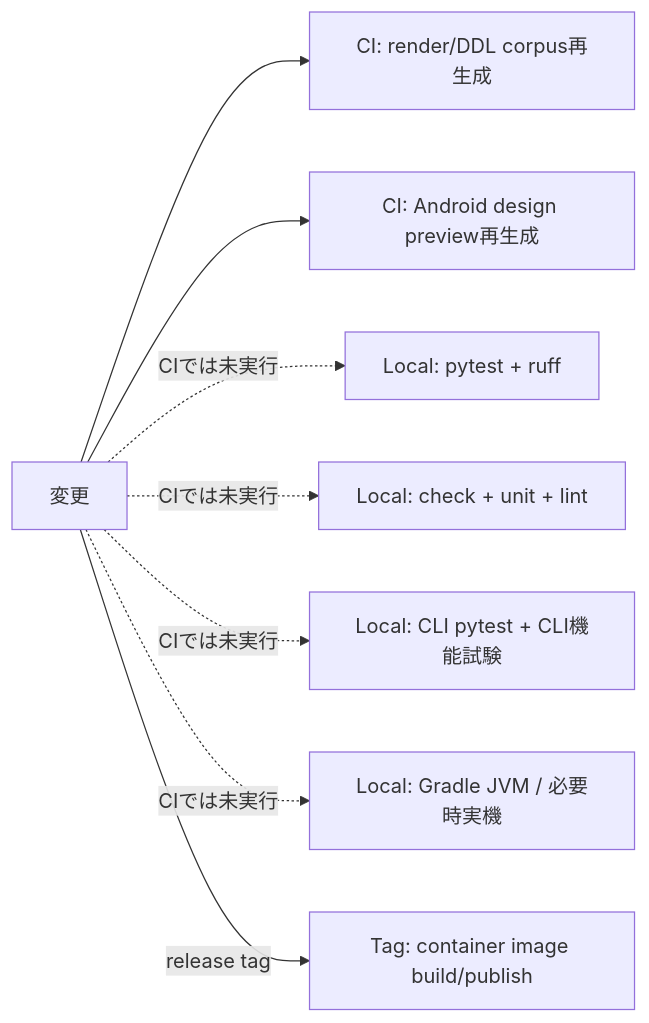
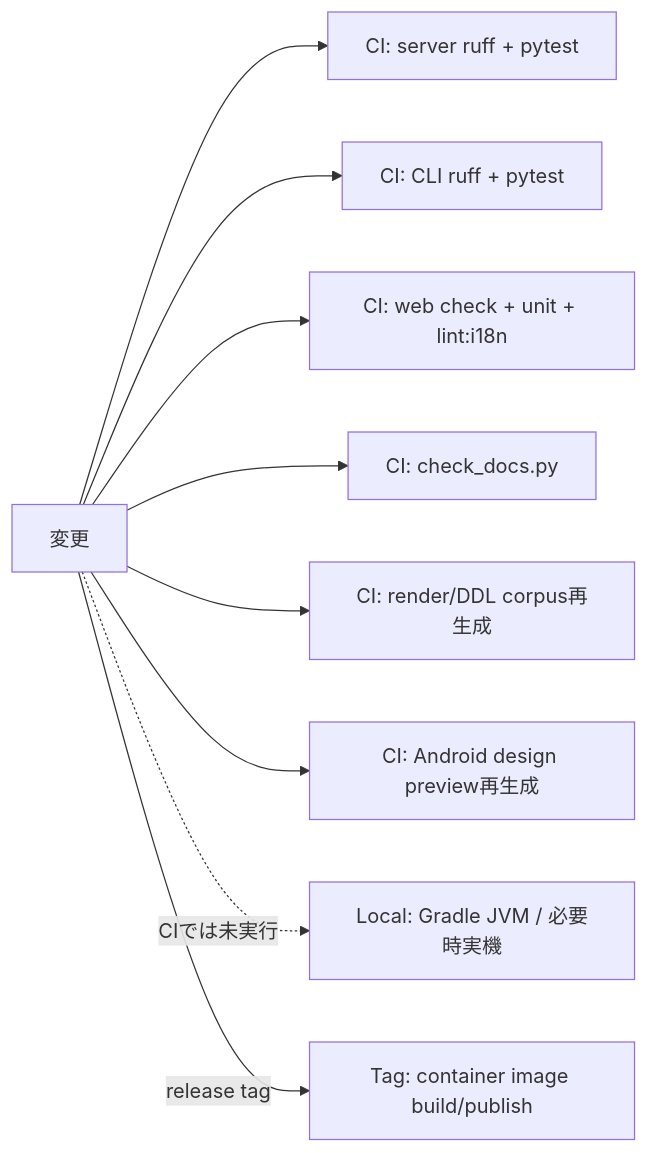
Before and after one commit to oikawas/inku-lang: the diagram in docs/architecture/change-impact-map.ja.md, drawn with Mermaid. The commit also changed other lines of this file and 24 other files, not shown here.

First line of the commit message:
docs(architecture): the notes catch up with the tree and two new pairs join the gate

````diff
--- a/docs/architecture/change-impact-map.ja.md
+++ b/docs/architecture/change-impact-map.ja.md
@@ -24,19 +24,21 @@
 ```mermaid
 flowchart LR
     CHANGE["変更"]
+    CI_SERVER["CI: server ruff + pytest"]
+    CI_CLI["CI: CLI ruff + pytest"]
+    CI_WEB["CI: web check + unit + lint:i18n"]
+    CI_DOCS["CI: check_docs.py"]
     CI_CORPUS["CI: render/DDL corpus再生成"]
     CI_PREVIEW["CI: Android design preview再生成"]
-    LOCAL_SERVER["Local: pytest + ruff"]
-    LOCAL_WEB["Local: check + unit + lint"]
-    LOCAL_CLI["Local: CLI pytest + CLI機能試験"]
     LOCAL_ANDROID["Local: Gradle JVM / 必要時実機"]
     RELEASE["Tag: container image build/publish"]
 
+    CHANGE --> CI_SERVER
+    CHANGE --> CI_CLI
+    CHANGE --> CI_WEB
+    CHANGE --> CI_DOCS
     CHANGE --> CI_CORPUS
     CHANGE --> CI_PREVIEW
-    CHANGE -.->|"CIでは未実行"| LOCAL_SERVER
-    CHANGE -.->|"CIでは未実行"| LOCAL_WEB
-    CHANGE -.->|"CIでは未実行"| LOCAL_CLI
     CHANGE -.->|"CIでは未実行"| LOCAL_ANDROID
     CHANGE -->|"release tag"| RELEASE
 ```
````
